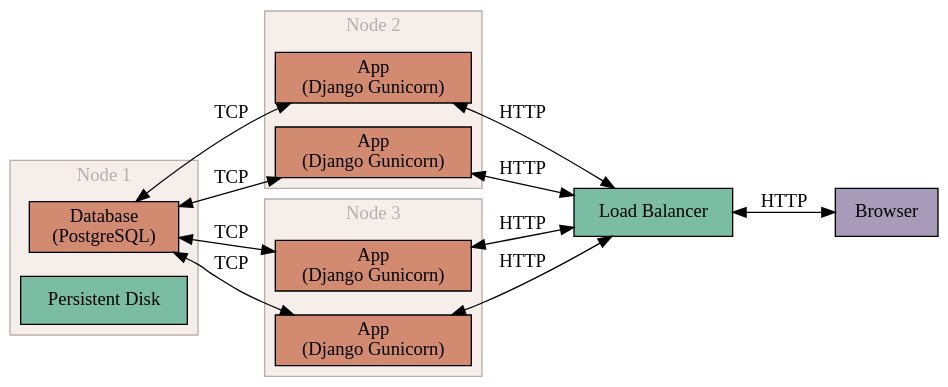
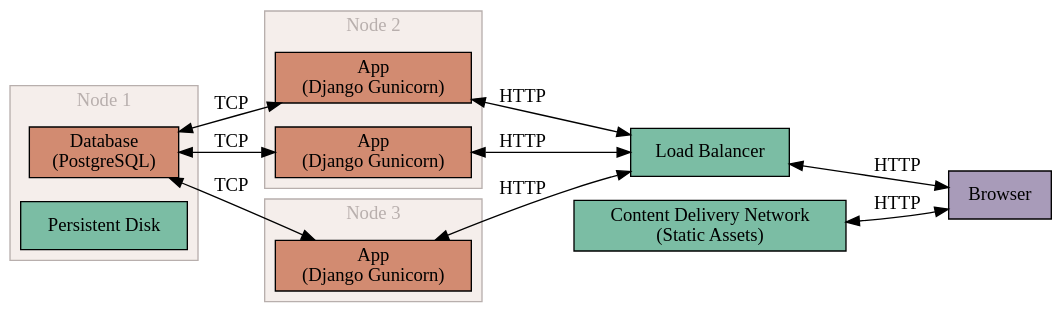
The diagram in static/images/writing/kubernetes-django/scheduled-on-cluster.dot (hnarayanan/harishnarayanan.org), drawn with Graphviz before and after one commit. The commit also changed 4 other files, not shown here.

Commit message:
Point to new schedule on a cluster graphic

```diff
--- a/static/images/writing/kubernetes-django/scheduled-on-cluster.dot
+++ b/static/images/writing/kubernetes-django/scheduled-on-cluster.dot
@@ -1,56 +1,54 @@
 digraph Kubernetes {
     bgcolor = "transparent";
     rankdir = LR;
     node [shape=box, style=filled, fillcolor="#d28b71"];
 
     subgraph clusterClient {
         style = invis;
         browser [label="Browser", fillcolor="#a89bb9"];
     };
 
-    subgraph clusterDatabaseServer {
+    subgraph clusterNode1 {
         label = "Node 1";
         fontcolor = "#b8afad";
         color = "#b8afad";
         bgcolor = "#f5eeeb";
         database [label="Database\n(PostgreSQL)"];
         persistentdisk [label="Persistent Disk", fillcolor="#7bbda4"]
     }
 
-    subgraph clusterAppServer {
+    subgraph clusterNode2 {
         label = "Node 2";
         fontcolor = "#b8afad";
         color = "#b8afad";
         bgcolor = "#f5eeeb";
         app [label="App\n(Django Gunicorn)"];
         app2 [label="App\n(Django Gunicorn)"];
         color = "#b8afad";
     };
 
-    subgraph clusterAppServer3 {
+    subgraph clusterNode3 {
         label = "Node 3";
         fontcolor = "#b8afad";
         color = "#b8afad";
         bgcolor = "#f5eeeb";
         app3 [label="App\n(Django Gunicorn)"];
-        app4 [label="App\n(Django Gunicorn)"];
         color = "#b8afad";
     };
 
-    webserver [label="Load Balancer", fillcolor="#7bbda4"];
+    loadbalancer [label="Load Balancer", fillcolor="#7bbda4"];
+    cdn [label="Content Delivery Network\n(Static Assets)", fillcolor="#7bbda4"];
 
     database -> app [label="TCP", dir="both"];
-    app -> webserver [label="HTTP", dir="both"];
+    app -> loadbalancer [label="HTTP", dir="both"];
 
     database -> app2 [label="TCP", dir="both"];
-    app2 -> webserver [label="HTTP", dir="both"];
+    app2 -> loadbalancer [label="HTTP", dir="both"];
 
     database -> app3 [label="TCP", dir="both"];
-    app3 -> webserver [label="HTTP", dir="both"];
+    app3 -> loadbalancer [label="HTTP", dir="both"];
 
-    database -> app4 [label="TCP", dir="both"];
-    app4 -> webserver [label="HTTP", dir="both"];
+    loadbalancer -> browser [label="HTTP", dir="both"];
 
-    // assets -> webserver;
-    webserver -> browser [label="HTTP", dir="both"];
+    cdn -> browser [label="HTTP", dir="both"];
 }
```
